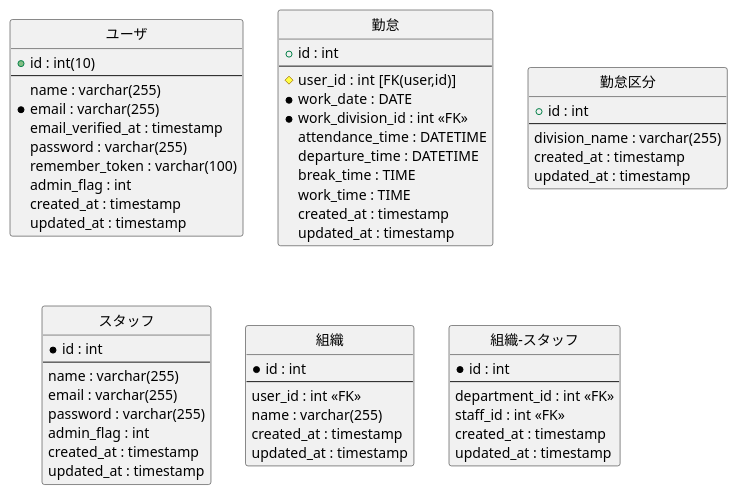
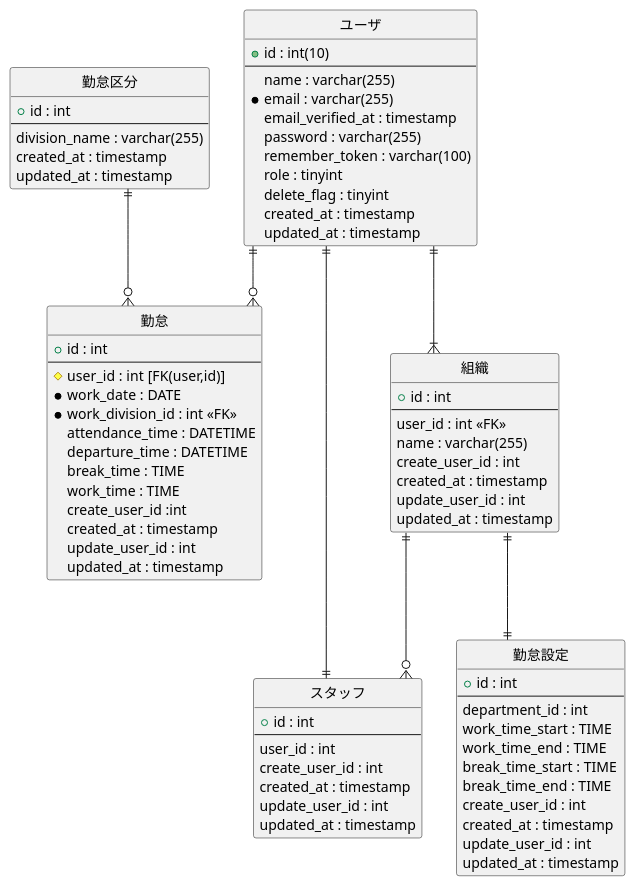
Before and after one commit to Nke0628/work-app: the diagram in uml/DB設計/ER図.puml, drawn with PlantUML.

Commit message:
7_ER図作成

```diff
--- a/uml/DB設計/ER図.puml
+++ b/uml/DB設計/ER図.puml
@@ -1,68 +1,85 @@
 @startuml
 hide circle
 skinparam linetype ortho
 
 entity "ユーザ" as user {
   +id : int(10)
   --
   name : varchar(255)
   *email : varchar(255)
   email_verified_at : timestamp
   password : varchar(255)
   remember_token : varchar(100)
-  admin_flag : int
+  role : tinyint
+  delete_flag : tinyint
   created_at : timestamp
   updated_at : timestamp
 }
 
 entity "勤怠" as attendance {
   +id : int
   --
   #user_id : int [FK(user,id)]
   *work_date : DATE
   *work_division_id : int <<FK>>
   attendance_time : DATETIME
   departure_time : DATETIME
   break_time : TIME
   work_time : TIME
+  create_user_id :int
   created_at : timestamp
+  update_user_id : int
   updated_at : timestamp
+}
+
+entity "勤怠設定" as attendance_propaty {
+    +id : int
+    --
+    department_id : int
+    work_time_start : TIME
+    work_time_end : TIME
+    break_time_start : TIME
+    break_time_end : TIME
+    create_user_id : int
+    created_at : timestamp
+    update_user_id : int
+    updated_at : timestamp
 }
 
 entity "勤怠区分" as work_division {
   +id : int
   --
   division_name : varchar(255)
   created_at : timestamp
   updated_at : timestamp
 }
 
 entity "スタッフ" as staff {
-  *id : int
+  +id : int
   --
-  name : varchar(255)
-  email : varchar(255)
-  password : varchar(255)
-  admin_flag : int
+  user_id : int
+  create_user_id : int
   created_at : timestamp
+  update_user_id : int
   updated_at : timestamp
 }
 
-entity "組織" as departmetn {
-  *id : int
+entity "組織" as department {
+  +id : int
   --
   user_id : int <<FK>>
   name : varchar(255)
+  create_user_id : int
   created_at : timestamp
+  update_user_id : int
   updated_at : timestamp
 }
 
-entity "組織-スタッフ" as departmetn_staff {
-  *id : int
-  --
-  department_id : int <<FK>>
-  staff_id : int <<FK>>
-  created_at : timestamp
-  updated_at : timestamp
-}
+user||--o{attendance
+user||--||staff
+user||--|{department
+department||--o{staff
+department||--||attendance_propaty
+work_division||--o{attendance
+
 @enduml
```
